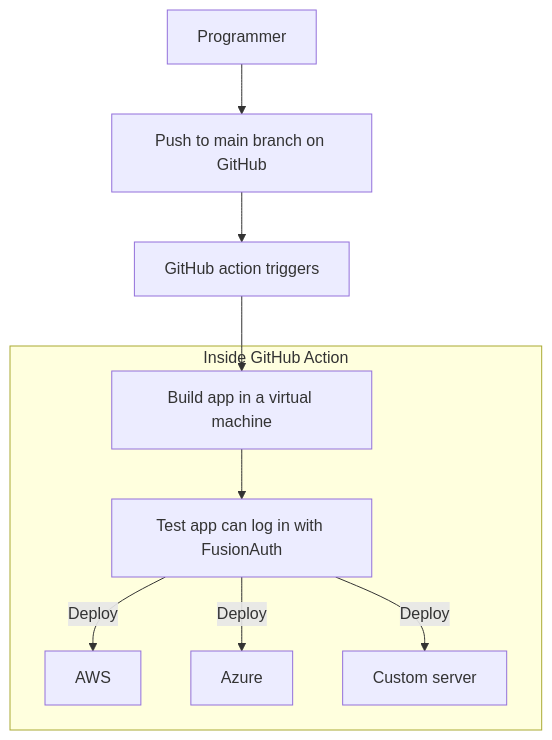
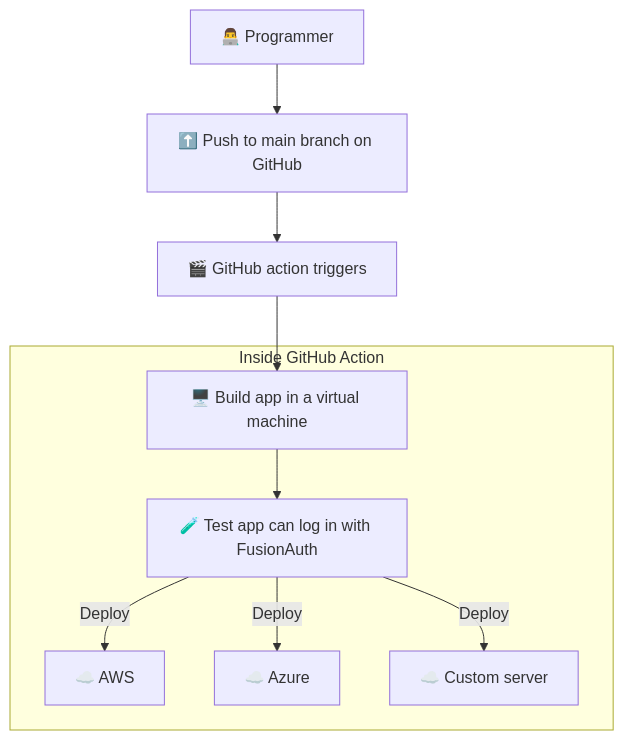
One commit to FusionAuth/fusionauth-site changed the diagram in astro/src/content/docs/get-started/run-in-the-cloud/github_actions.mdx. Above: the diagram before and after it, drawn with Mermaid. The commit also changed other lines of this file, not shown here.

Commit message:
chose test framework

````diff
--- a/astro/src/content/docs/get-started/run-in-the-cloud/github_actions.mdx
+++ b/astro/src/content/docs/get-started/run-in-the-cloud/github_actions.mdx
@@ -32,12 +51,12 @@
 ```mermaid
 graph TD
-    1[Programmer] --> 2[Push to main branch on GitHub]
-    2 --> 3[GitHub action triggers]
-    3 --> 4[Build app in a virtual machine]
+    1[👨‍💻 Programmer] --> 2[⬆️ Push to main branch on GitHub]
+    2 --> 3[🎬 GitHub action triggers]
+    3 --> 4[🖥️ Build app in a virtual machine]
     subgraph Inside GitHub Action
-        4 --> 5[Test app can log in with FusionAuth]
-        5 -- Deploy --> 6[AWS]
-        5 -- Deploy --> 7[Azure]
-        5 -- Deploy --> 8[Custom server]
+        4 --> 5[🧪 Test app can log in with FusionAuth]
+        5 -- Deploy --> 6[☁️ AWS]
+        5 -- Deploy --> 7[☁️ Azure]
+        5 -- Deploy --> 8[☁️ Custom server]
     end
 ```
````
